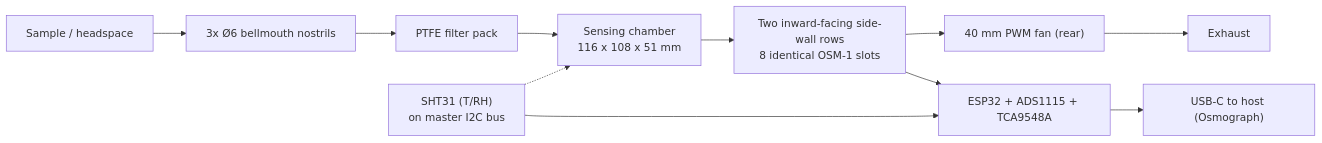
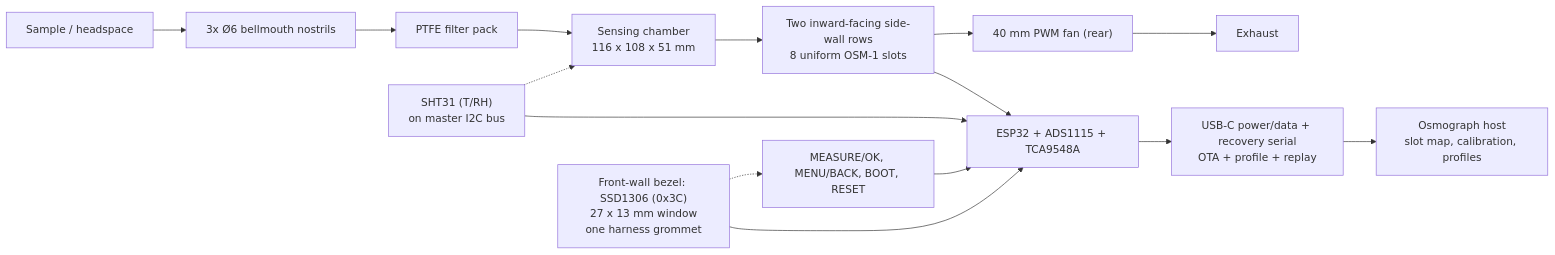
One commit to OpenSmell/smell-monitor changed the first of 3 diagrams in docs/blueprint.md. Above: the diagram before and after it, drawn with Mermaid. The commit also changed other lines of this file and 99 other files, not shown here.

First line of the commit message:
Rebase OSM-1 on fixed front-wall UI and hardened contracts

````diff
--- a/docs/blueprint.md
+++ b/docs/blueprint.md
@@ -117,13 +86,17 @@
 ```mermaid
 flowchart LR
     S[Sample / headspace] --> N["3x Ø6 bellmouth nostrils"]
     N --> F[PTFE filter pack]
     F --> C["Sensing chamber<br/>116 x 108 x 51 mm"]
-    C --> B["Two inward-facing side-wall rows<br/>8 identical OSM-1 slots"]
+    C --> B["Two inward-facing side-wall rows<br/>8 uniform OSM-1 slots"]
     B --> X["40 mm PWM fan (rear)"]
     X --> E[Exhaust]
     ENV["SHT31 (T/RH)<br/>on master I2C bus"] -.-> C
+    PANEL["Front-wall bezel: SSD1306 (0x3C)<br/>27 x 13 mm window<br/>one harness grommet"] -.-> UI["MEASURE/OK, MENU/BACK, BOOT, RESET"]
     B --> M["ESP32 + ADS1115 + TCA9548A"]
     ENV --> M
-    M --> U["USB-C to host (Osmograph)"]
+    UI --> M
+    PANEL --> M
+    M --> U["USB-C power/data + recovery serial<br/>OTA + profile + replay"]
+    U --> H["Osmograph host<br/>slot map, calibration, profiles"]
 ```
````
